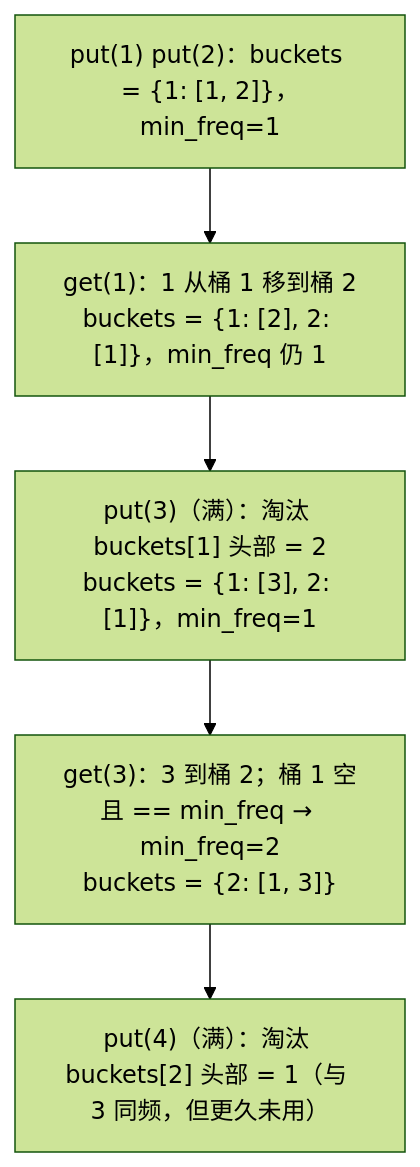
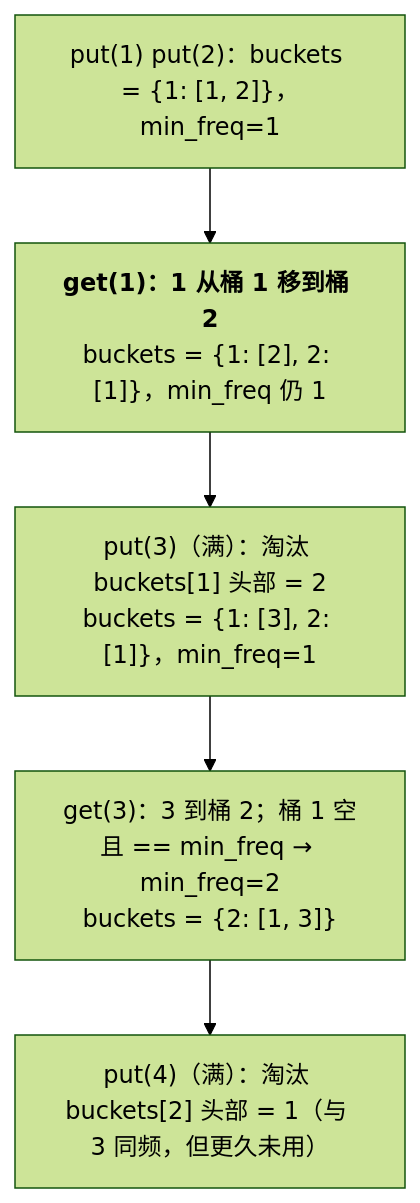
One commit to arganzheng/arganzheng.github.com changed the second of 5 diagrams in _posts/2025-12-14-coding-interview-design-problems-lru-lfu-trie.md. Above: the diagram before and after it, drawn with Mermaid (forest theme). The commit also changed other lines of this file and 12 other files, not shown here.

First line of the commit message:
面试手撕代码：从 LeetCode 中等题到 Transformer 组件：Mermaid 多行方框的首行标为标题（13 篇）

````diff
--- a/_posts/2025-12-14-coding-interview-design-problems-lru-lfu-trie.md
+++ b/_posts/2025-12-14-coding-interview-design-problems-lru-lfu-trie.md
@@ -187,7 +187,7 @@
 ```mermaid
 flowchart TB
-    A["put(1) put(2)：buckets = {1: [1, 2]}，min_freq=1"] --> B["get(1)：1 从桶 1 移到桶 2<br>buckets = {1: [2], 2: [1]}，min_freq 仍 1"]
+    A["put(1) put(2)：buckets = {1: [1, 2]}，min_freq=1"] --> B["<b>get(1)：1 从桶 1 移到桶 2</b><br>buckets = {1: [2], 2: [1]}，min_freq 仍 1"]
     B --> C["put(3)（满）：淘汰 buckets[1] 头部 = 2<br>buckets = {1: [3], 2: [1]}，min_freq=1"]
     C --> D["get(3)：3 到桶 2；桶 1 空且 == min_freq → min_freq=2<br>buckets = {2: [1, 3]}"]
     D --> E["put(4)（满）：淘汰 buckets[2] 头部 = 1（与 3 同频，但更久未用）"]
 ```
````
